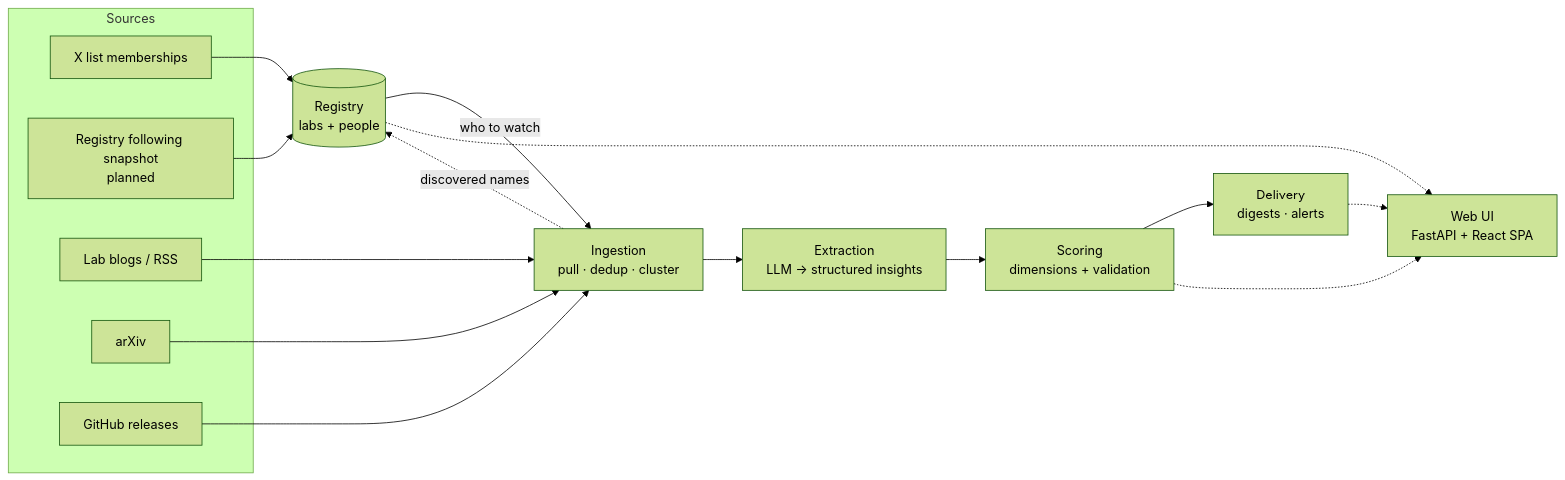
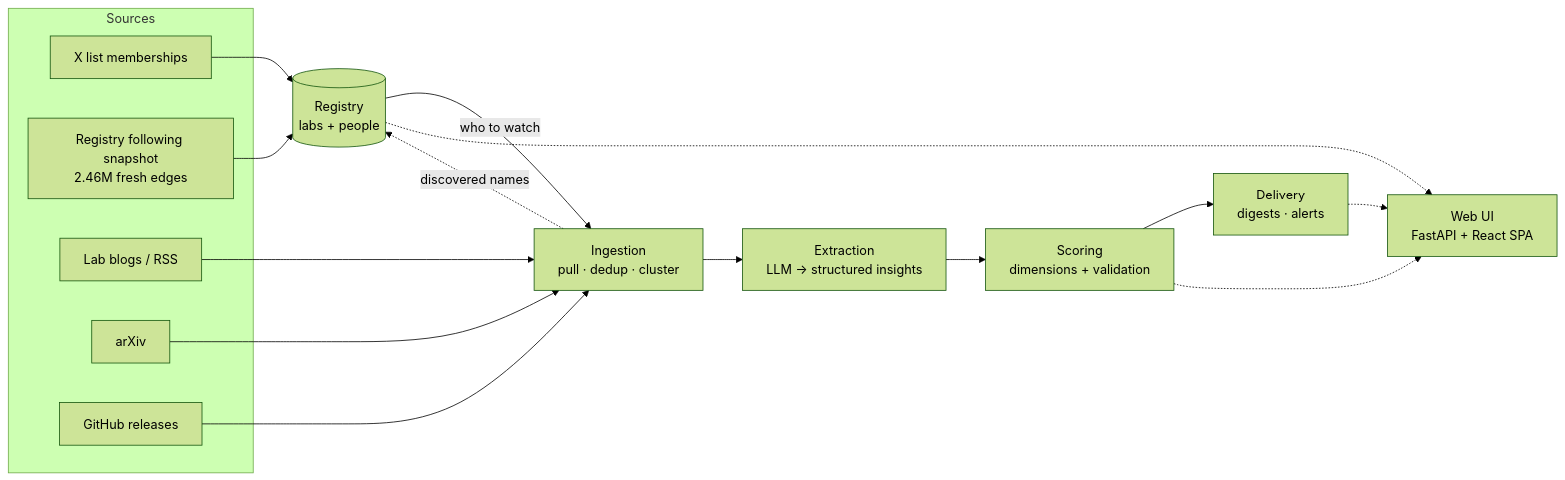
Before and after one commit to AdithyanI/frontier-lab-intelligence: the first of 5 diagrams in docs/architecture/overview.md, drawn with Mermaid (forest theme). The commit also changed other lines of this file and 7 other files, not shown here.

````diff
--- a/docs/architecture/overview.md
+++ b/docs/architecture/overview.md
@@ -67,29 +67,29 @@
 ```mermaid
 flowchart LR
     subgraph sources [Sources]
         XLISTS[X list memberships]
-        XFOLLOW[Registry following snapshot<br/>planned]
+        XFOLLOW[Registry following snapshot<br/>2.46M fresh edges]
         BLOGS[Lab blogs / RSS]
         ARXIV[arXiv]
         GH[GitHub releases]
     end
 
     REG[(Registry<br/>labs + people)]
     ING[Ingestion<br/>pull · dedup · cluster]
     EXT[Extraction<br/>LLM → structured insights]
     SCO[Scoring<br/>dimensions + validation]
     DEL[Delivery<br/>digests · alerts]
     UI[Web UI<br/>FastAPI + React SPA]
 
     XLISTS --> REG
     XFOLLOW --> REG
     REG -->|who to watch| ING
     BLOGS & ARXIV & GH --> ING
     ING --> EXT
     EXT --> SCO
     SCO --> DEL
     REG -.-> UI
     SCO -.-> UI
     DEL -.-> UI
     ING -.->|discovered names| REG
 ```
````
